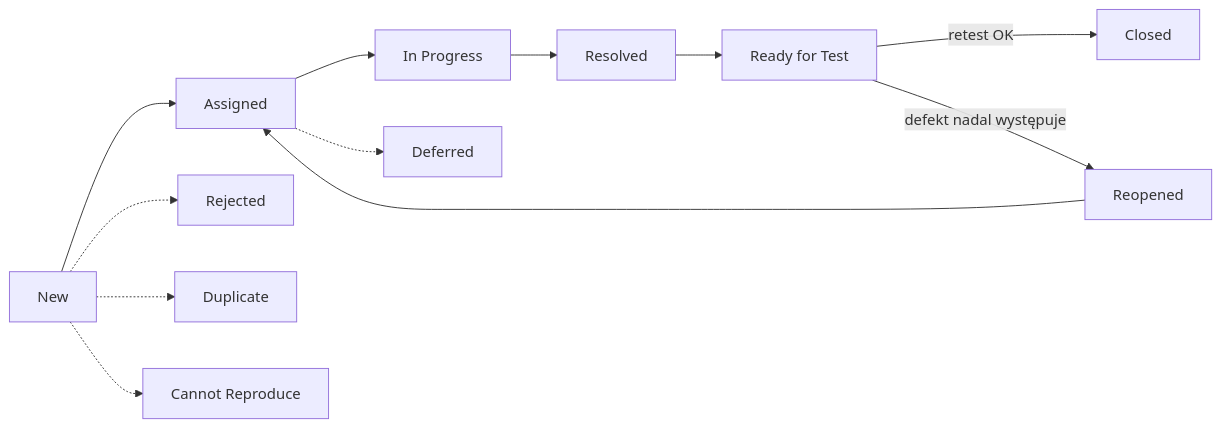
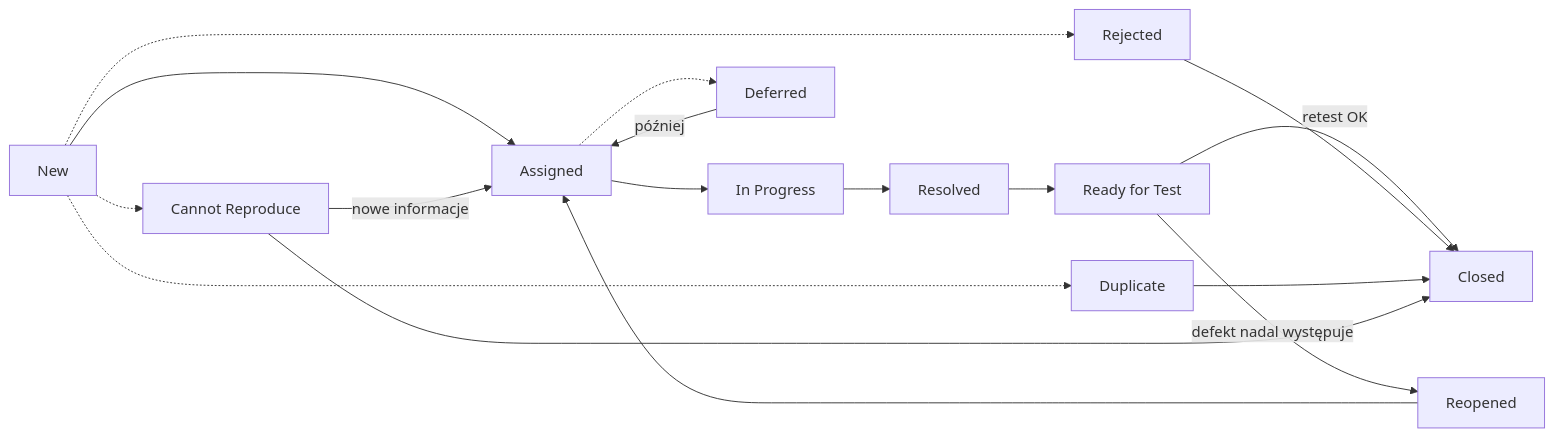
The diagram in docs/fundamentals/test_management.md (Finito21/Quality_Assurance), drawn with Mermaid before and after one commit. The commit also changed other lines of this file and 93 other files, not shown here.

````diff
--- a/docs/fundamentals/test_management.md
+++ b/docs/fundamentals/test_management.md
@@ -114,12 +114,17 @@
 ```mermaid
 flowchart LR
     accTitle: Cykl życia defektu
-    accDescr: Nowy defekt jest przypisywany, naprawiany i trafia do retestu. Po udanym reteście jest zamykany, po nieudanym otwierany ponownie. Zgłoszenie może też zostać odrzucone, oznaczone jako duplikat, jako niemożliwe do odtworzenia albo odłożone.
+    accDescr: Nowy defekt jest przypisywany, naprawiany i trafia do retestu. Po udanym reteście jest zamykany, po nieudanym otwierany ponownie. Zgłoszenie może też zostać odrzucone lub oznaczone jako duplikat i wtedy jest zamykane. Zgłoszenie niemożliwe do odtworzenia wraca do pracy po uzupełnieniu informacji albo jest zamykane, a odłożone wraca do przypisania, gdy przyjdzie na nie czas.
     New --> Assigned --> InProgress[In Progress] --> Resolved --> RFT[Ready for Test]
     RFT -->|retest OK| Closed
     RFT -->|defekt nadal występuje| Reopened --> Assigned
     New -.-> Rejected
     New -.-> Duplicate
     New -.-> CannotReproduce[Cannot Reproduce]
     Assigned -.-> Deferred
+    Rejected --> Closed
+    Duplicate --> Closed
+    CannotReproduce -->|nowe informacje| Assigned
+    CannotReproduce --> Closed
+    Deferred -->|później| Assigned
 ```
````
